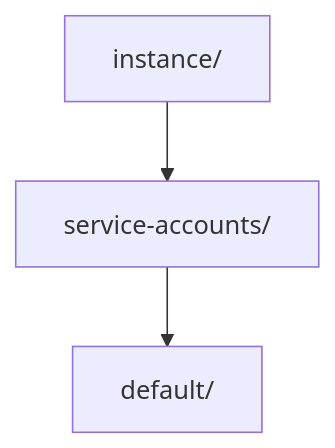
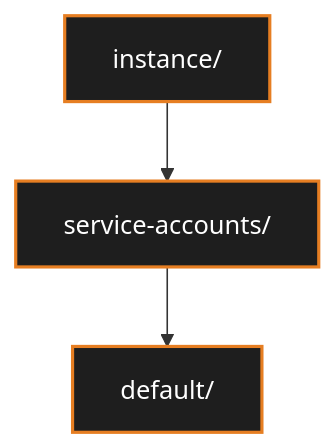
Before and after one commit to ashrithpeechara/infinity_learning: the seventh of 13 diagrams in Cloud_Security/Compute Engine Intrusion/solution.md, drawn with Mermaid. The commit also changed other lines of this file, not shown here.

````diff
--- a/Cloud_Security/Compute Engine Intrusion/solution.md
+++ b/Cloud_Security/Compute Engine Intrusion/solution.md
@@ -145,5 +177,7 @@
 ```mermaid
 flowchart TD
-    A[instance/] --> B[service-accounts/]
-    B --> C[default/]
+    A["instance/"] --> B["service-accounts/"]
+    B --> C["default/"]
+
+    classDef default fill:#1e1e1e,stroke:#e67e22,color:#ffffff,stroke-width:2px;
 ```
````
